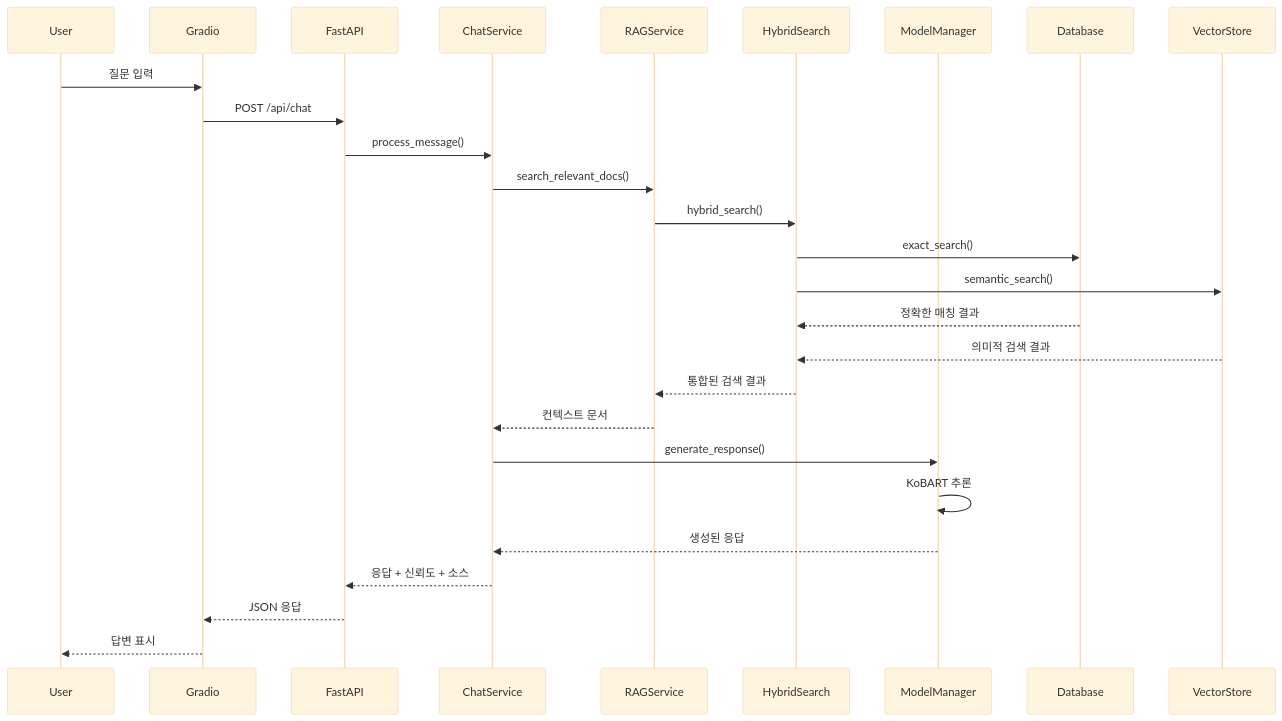
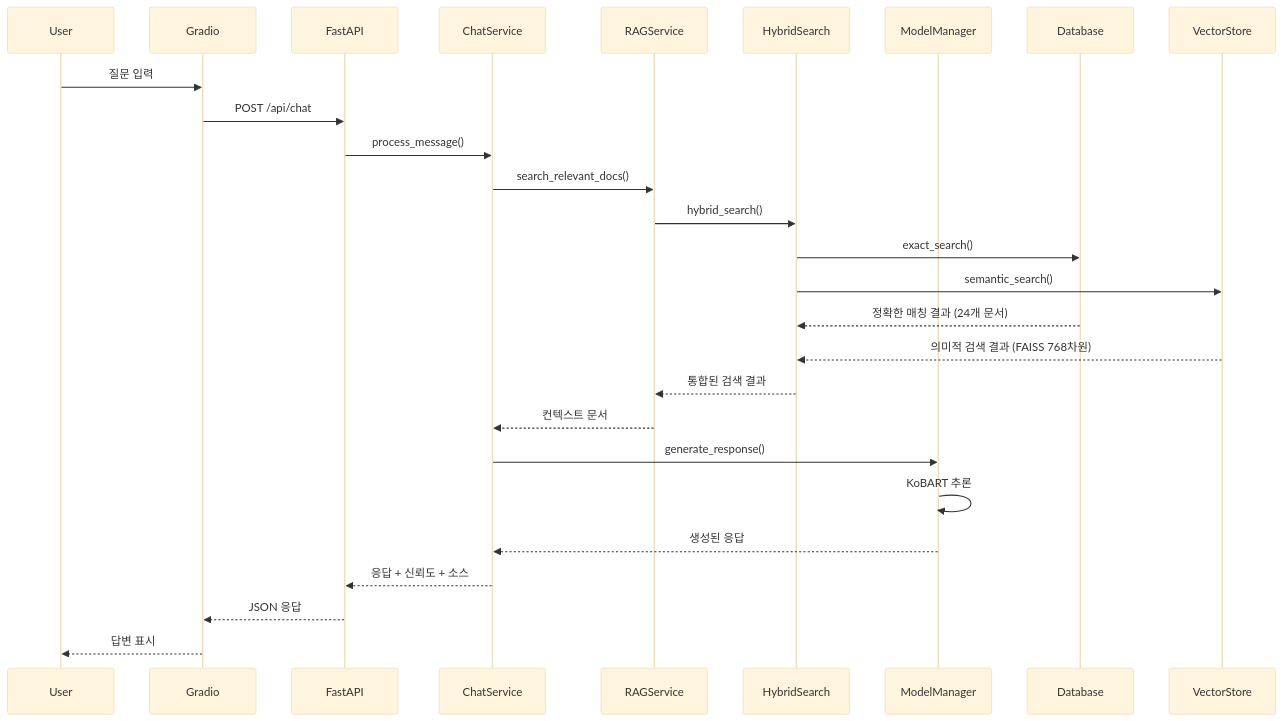
The second of 5 diagrams in docs/architecture/system_architecture.md (kimhaegyeong/LawFirmAI), drawn with Mermaid (base theme) before and after one commit. The commit also changed 41 other files, not shown here.

````diff
--- a/docs/architecture/system_architecture.md
+++ b/docs/architecture/system_architecture.md
@@ -72,33 +72,33 @@
 ```mermaid
 sequenceDiagram
     participant User
     participant Gradio
     participant FastAPI
     participant ChatService
     participant RAGService
     participant HybridSearch
     participant ModelManager
     participant Database
     participant VectorStore
     
     User->>Gradio: 질문 입력
     Gradio->>FastAPI: POST /api/chat
     FastAPI->>ChatService: process_message()
     
     ChatService->>RAGService: search_relevant_docs()
     RAGService->>HybridSearch: hybrid_search()
     HybridSearch->>Database: exact_search()
     HybridSearch->>VectorStore: semantic_search()
-    Database-->>HybridSearch: 정확한 매칭 결과
-    VectorStore-->>HybridSearch: 의미적 검색 결과
+    Database-->>HybridSearch: 정확한 매칭 결과 (24개 문서)
+    VectorStore-->>HybridSearch: 의미적 검색 결과 (FAISS 768차원)
     HybridSearch-->>RAGService: 통합된 검색 결과
     RAGService-->>ChatService: 컨텍스트 문서
     
     ChatService->>ModelManager: generate_response()
     ModelManager->>ModelManager: KoBART 추론
     ModelManager-->>ChatService: 생성된 응답
     
     ChatService-->>FastAPI: 응답 + 신뢰도 + 소스
     FastAPI-->>Gradio: JSON 응답
     Gradio-->>User: 답변 표시
 ```
````
